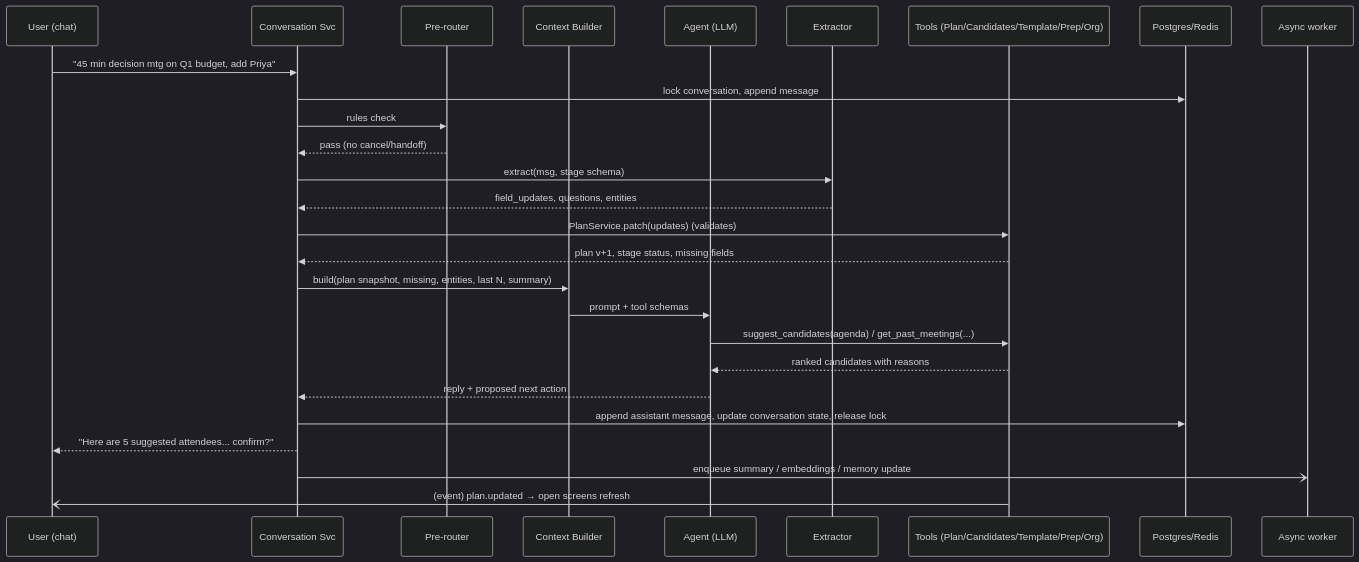
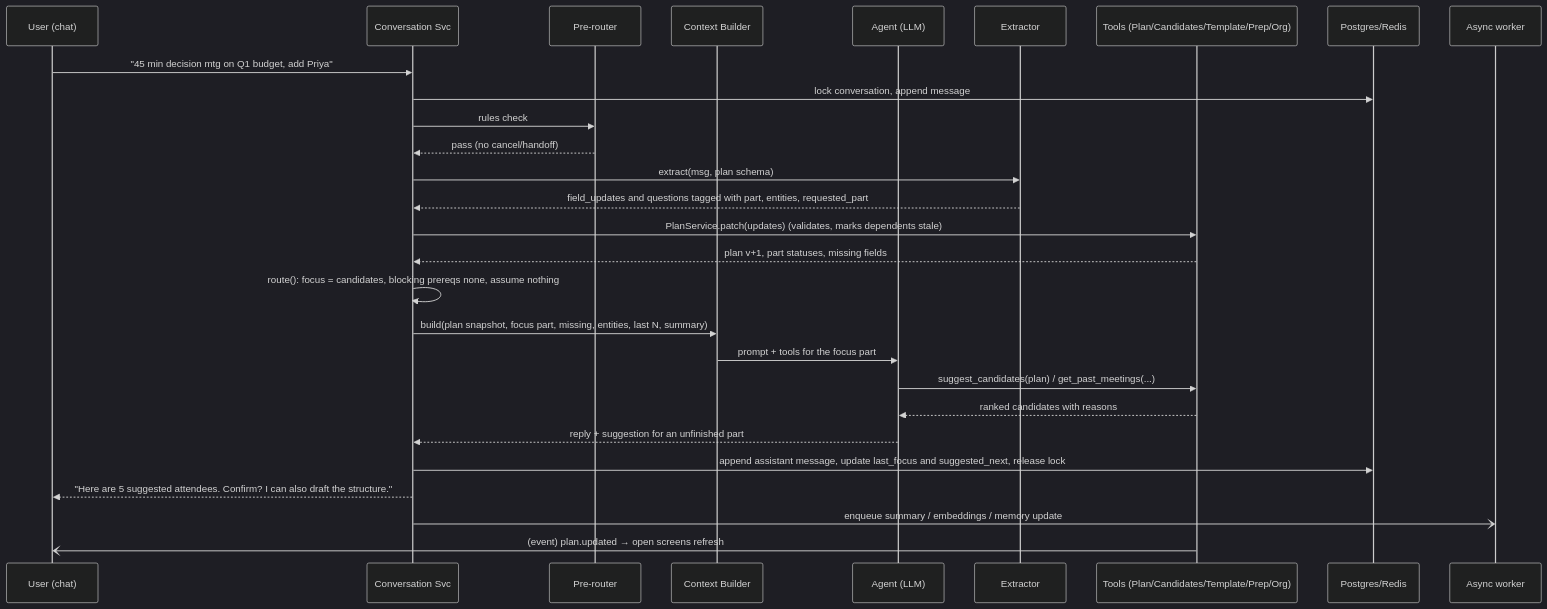
Before and after one commit to sivatarun/interview2: the fourth of 8 diagrams in implementation.md, drawn with Mermaid (dark theme). The commit also changed other lines of this file and 3 other files, not shown here.

````diff
--- a/implementation.md
+++ b/implementation.md
@@ -132,30 +211,31 @@
 ```mermaid
 sequenceDiagram
     participant U as User (chat)
     participant C as Conversation Svc
     participant R as Pre-router
     participant CB as Context Builder
     participant A as Agent (LLM)
     participant X as Extractor
     participant T as Tools (Plan/Candidates/Template/Prep/Org)
     participant DB as Postgres/Redis
     participant W as Async worker
 
     U->>C: "45 min decision mtg on Q1 budget, add Priya"
     C->>DB: lock conversation, append message
     C->>R: rules check
     R-->>C: pass (no cancel/handoff)
-    C->>X: extract(msg, stage schema)
-    X-->>C: field_updates, questions, entities
-    C->>T: PlanService.patch(updates)  (validates)
-    T-->>C: plan v+1, stage status, missing fields
-    C->>CB: build(plan snapshot, missing, entities, last N, summary)
-    CB->>A: prompt + tool schemas
-    A->>T: suggest_candidates(agenda) / get_past_meetings(...)
+    C->>X: extract(msg, plan schema)
+    X-->>C: field_updates and questions tagged with part, entities, requested_part
+    C->>T: PlanService.patch(updates)  (validates, marks dependents stale)
+    T-->>C: plan v+1, part statuses, missing fields
+    C->>C: route(): focus = candidates, blocking prereqs none, assume nothing
+    C->>CB: build(plan snapshot, focus part, missing, entities, last N, summary)
+    CB->>A: prompt + tools for the focus part
+    A->>T: suggest_candidates(plan) / get_past_meetings(...)
     T-->>A: ranked candidates with reasons
-    A-->>C: reply + proposed next action
-    C->>DB: append assistant message, update conversation state, release lock
-    C-->>U: "Here are 5 suggested attendees... confirm?"
+    A-->>C: reply + suggestion for an unfinished part
+    C->>DB: append assistant message, update last_focus and suggested_next, release lock
+    C-->>U: "Here are 5 suggested attendees. Confirm? I can also draft the structure."
     C-)W: enqueue summary / embeddings / memory update
     T-)U: (event) plan.updated → open screens refresh
 ```
````
